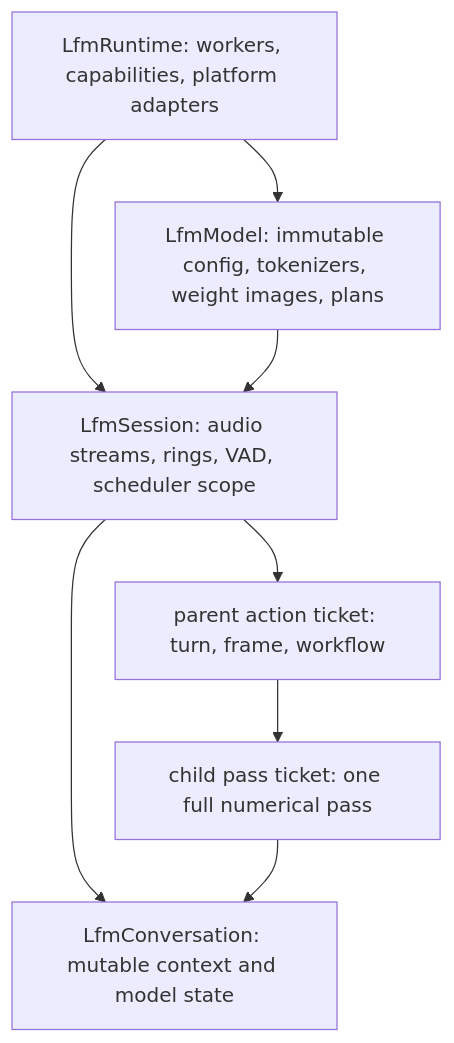
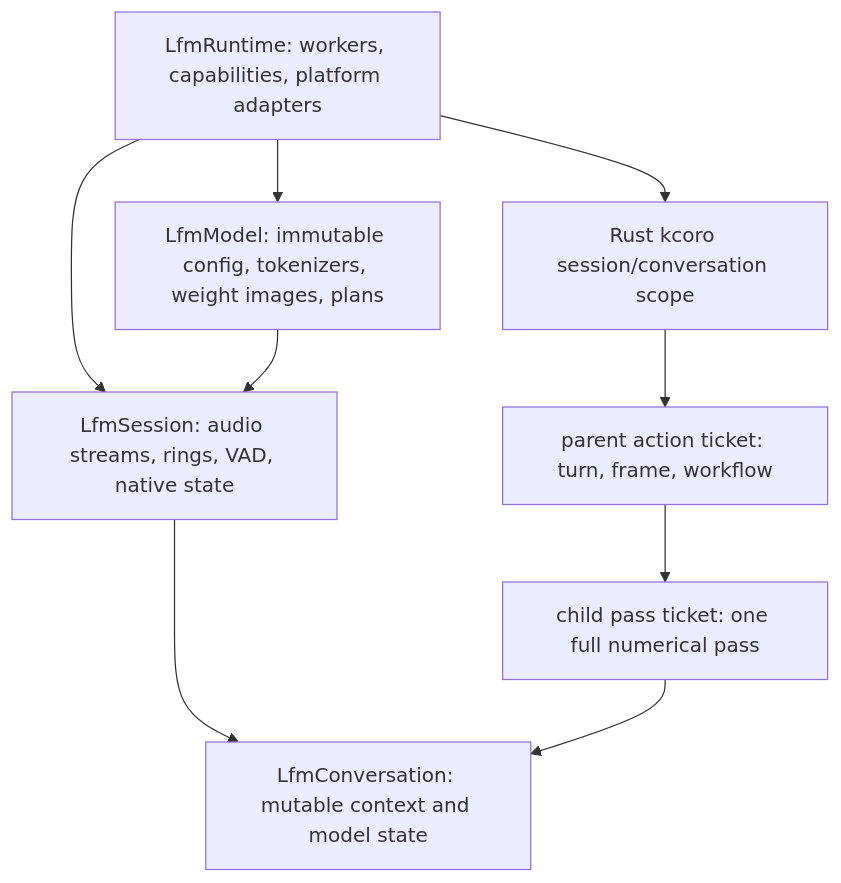
One commit to SolaceHarmony/emberharmony changed the diagram in specs/11-kcoro-native-migration/01-runtime-abi-and-settings.md. Above: the diagram before and after it, drawn with Mermaid. The commit also changed other lines of this file and 13 other files, not shown here.

Commit message:
reconcile native migration around Rust coordination

````diff
--- a/specs/11-kcoro-native-migration/01-runtime-abi-and-settings.md
+++ b/specs/11-kcoro-native-migration/01-runtime-abi-and-settings.md
@@ -58,17 +63,19 @@
 ```mermaid
 flowchart TB
     Runtime["LfmRuntime: workers, capabilities, platform adapters"]
     Model["LfmModel: immutable config, tokenizers, weight images, plans"]
-    Session["LfmSession: audio streams, rings, VAD, scheduler scope"]
+    Session["LfmSession: audio streams, rings, VAD, native state"]
+    Scope["Rust kcoro session/conversation scope"]
     Conv["LfmConversation: mutable context and model state"]
     Action["parent action ticket: turn, frame, workflow"]
     Pass["child pass ticket: one full numerical pass"]
 
     Runtime --> Model
     Runtime --> Session
+    Runtime --> Scope
     Model --> Session
     Session --> Conv
-    Session --> Action
+    Scope --> Action
     Action --> Pass
     Pass --> Conv
 ```
````
